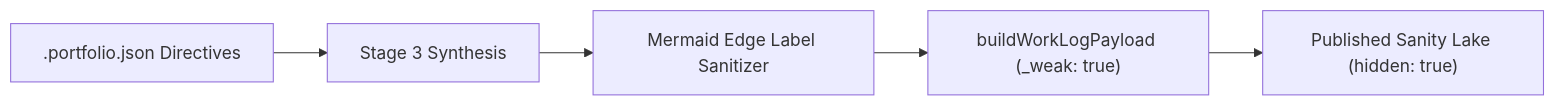
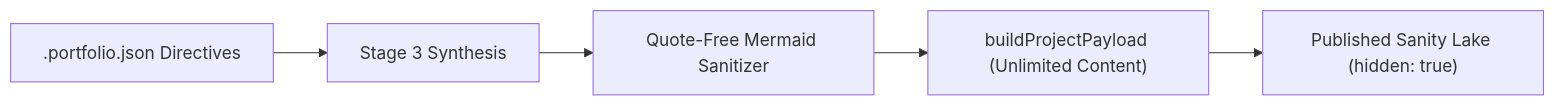
Before and after one commit to BenjiBenji20/portfolio: the diagram in documentation/agentic_pipeline_schema_and_mermaid_fixes.md, drawn with Mermaid. The commit also changed other lines of this file and 4 other files, not shown here.

Commit message:
fix mermaid syntax for agent

````diff
--- a/documentation/agentic_pipeline_schema_and_mermaid_fixes.md
+++ b/documentation/agentic_pipeline_schema_and_mermaid_fixes.md
@@ -9,7 +9,7 @@
 ```mermaid
 flowchart LR
     A[".portfolio.json Directives"] --> B["Stage 3 Synthesis"]
-    B --> C["Mermaid Edge Label Sanitizer"]
-    C --> D["buildWorkLogPayload (_weak: true)"]
+    B --> C["Quote-Free Mermaid Sanitizer"]
+    C --> D["buildProjectPayload (Unlimited Content)"]
     D --> E["Published Sanity Lake (hidden: true)"]
 ```
````
